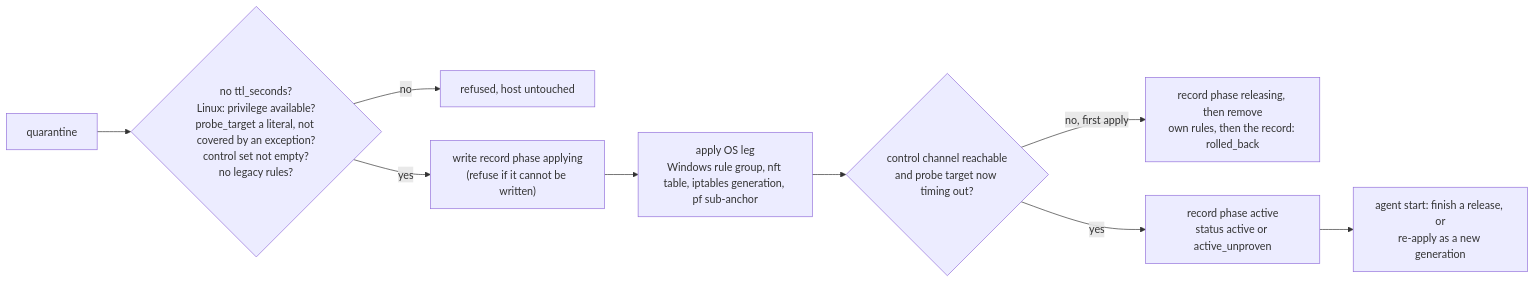
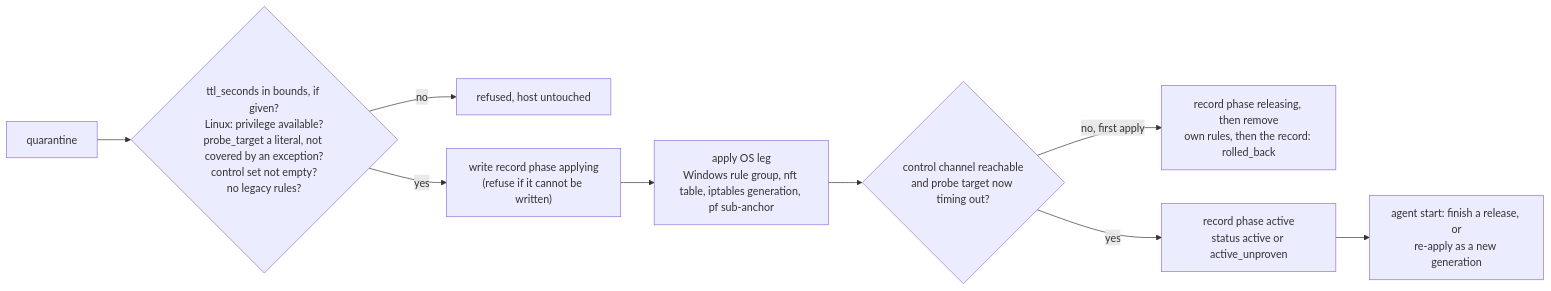
The second of 4 diagrams in agents/plugins/firewall/README.md (DevNullLtd/Yuzu), drawn with Mermaid before and after one commit. The commit also changed other lines of this file and 14 other files, not shown here.

````diff
--- a/agents/plugins/firewall/README.md
+++ b/agents/plugins/firewall/README.md
@@ -60,11 +61,11 @@
 ```mermaid
 flowchart LR
-  Q["quarantine"] --> V{"no ttl_seconds?<br/>Linux: privilege available?<br/>probe_target a literal, not covered by an exception?<br/>control set not empty?<br/>no legacy rules?"}
+  Q["quarantine"] --> V{"ttl_seconds in bounds, if given?<br/>Linux: privilege available?<br/>probe_target a literal, not covered by an exception?<br/>control set not empty?<br/>no legacy rules?"}
   V -- "no" --> R["refused, host untouched"]
   V -- "yes" --> REC["write record phase applying<br/>(refuse if it cannot be written)"]
   REC --> AP["apply OS leg<br/>Windows rule group, nft table, iptables generation, pf sub-anchor"]
   AP --> VF{"control channel reachable<br/>and probe target now timing out?"}
   VF -- "no, first apply" --> RB["record phase releasing, then remove<br/>own rules, then the record: rolled_back"]
   VF -- "yes" --> ACT["record phase active<br/>status active or active_unproven"]
   ACT --> INIT["agent start: finish a release, or<br/>re-apply as a new generation"]
 ```
````
